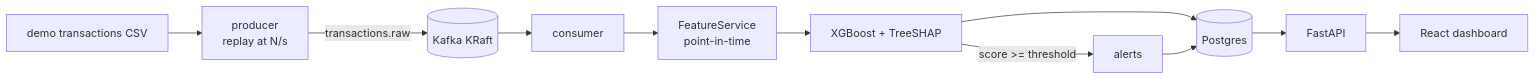
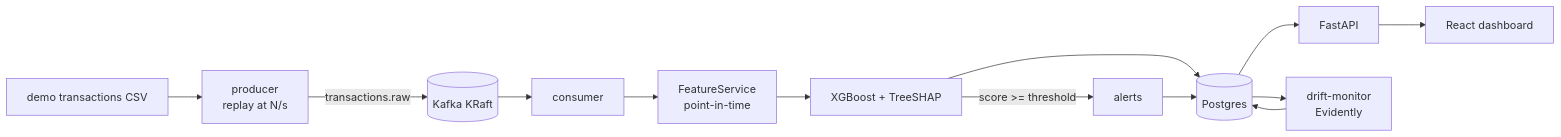
Before and after one commit to OmkarAla/nexvia: the diagram in README.md, drawn with Mermaid. The commit also changed other lines of this file and 18 other files, not shown here.

Commit message:
docs: document the drift loop and correct evidently method handling

````diff
--- a/README.md
+++ b/README.md
@@ -13,13 +13,15 @@
 ```mermaid
 flowchart LR
     CSV[demo transactions CSV] --> P[producer<br/>replay at N/s]
     P -->|transactions.raw| K[(Kafka KRaft)]
     K --> C[consumer]
     C --> F[FeatureService<br/>point-in-time]
     F --> S[XGBoost + TreeSHAP]
     S --> DB[(Postgres)]
     S -->|score >= threshold| A[alerts]
     DB --> API[FastAPI]
     API --> UI[React dashboard]
     A --> DB
+    DB --> D[drift-monitor<br/>Evidently]
+    D --> DB
 ```
````
